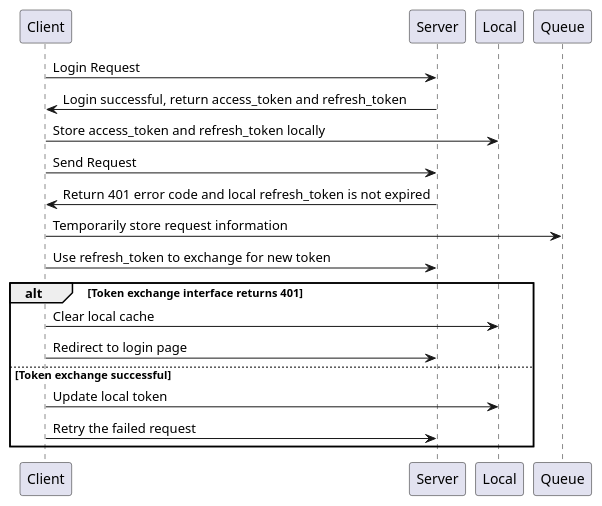
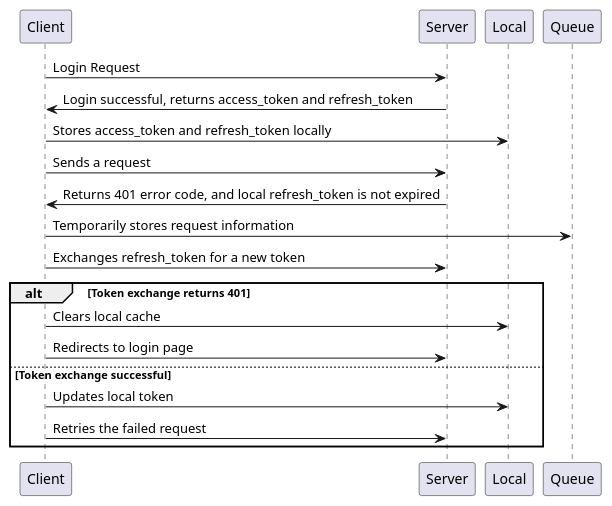
One commit to mineadmin/doc-v3 changed the first of 2 diagrams in docs/en/backend/base/lifecycle.md. Above: the diagram before and after it, drawn with PlantUML. The commit also changed other lines of this file and 195 other files, not shown here.

````diff
--- a/docs/en/backend/base/lifecycle.md
+++ b/docs/en/backend/base/lifecycle.md
@@ -34,20 +32,20 @@
 ```plantuml
 participant "Client" as Client
 participant "Server" as Server
 
 Client -> Server : Login Request
-Server -> Client : Login successful, return access_token and refresh_token
-Client -> Local : Store access_token and refresh_token locally
+Server -> Client : Login successful, returns access_token and refresh_token
+Client -> Local : Stores access_token and refresh_token locally
 
-Client -> Server : Send Request
-Server -> Client : Return 401 error code and local refresh_token is not expired
-Client -> Queue : Temporarily store request information
-Client -> Server : Use refresh_token to exchange for new token
-alt Token exchange interface returns 401
-    Client -> Local : Clear local cache
-    Client -> Server : Redirect to login page
+Client -> Server : Sends a request
+Server -> Client : Returns 401 error code, and local refresh_token is not expired
+Client -> Queue : Temporarily stores request information
+Client -> Server : Exchanges refresh_token for a new token
+alt Token exchange returns 401
+    Client -> Local : Clears local cache
+    Client -> Server : Redirects to login page
 else Token exchange successful
-    Client -> Local : Update local token
-    Client -> Server : Retry the failed request
+    Client -> Local : Updates local token
+    Client -> Server : Retries the failed request
 end
 ```
````
